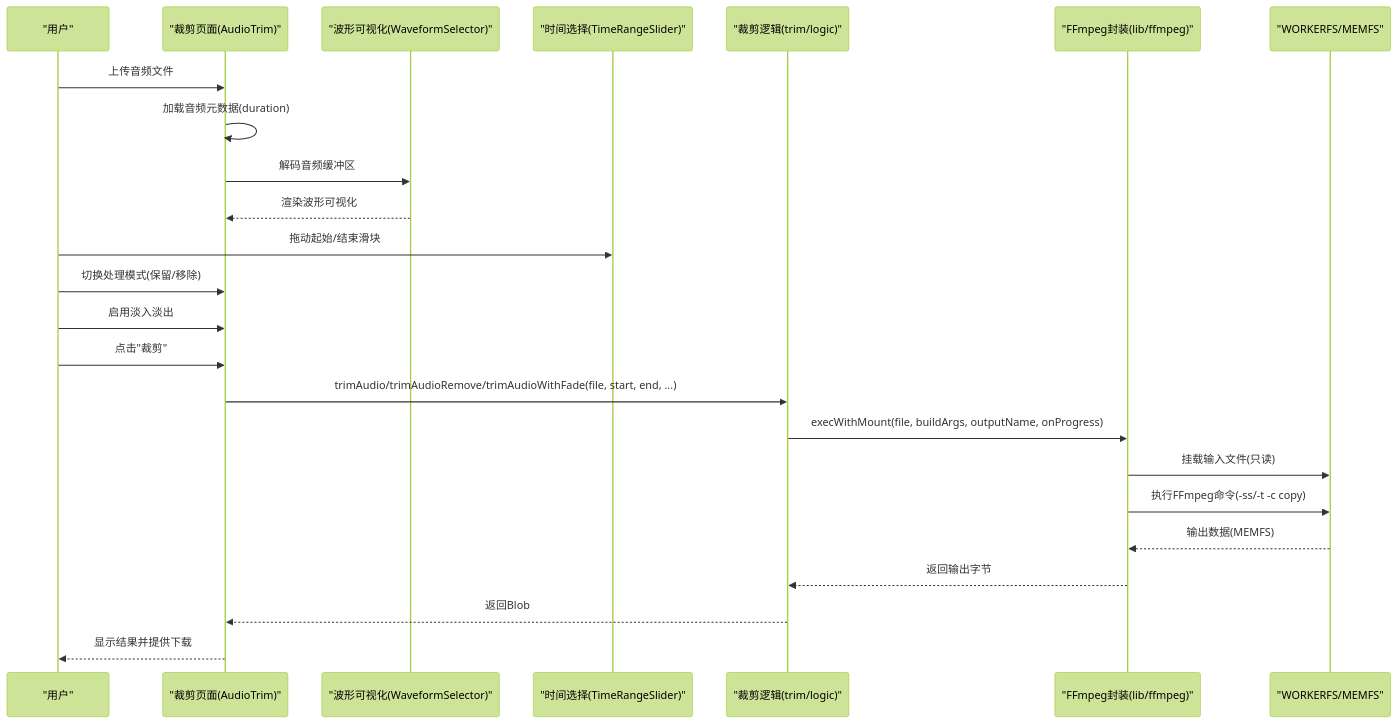
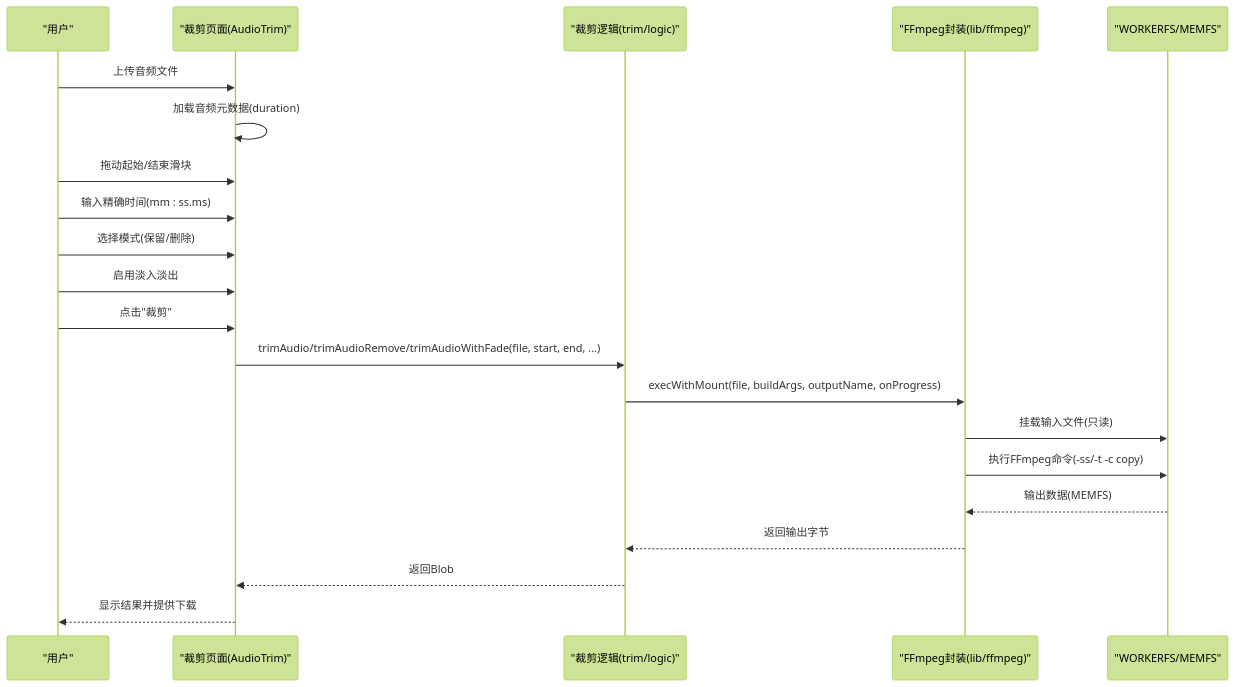
One commit to sgyy/privadeck changed the second of 3 diagrams in .qoder/repowiki/zh/content/音频工具/音频剪辑.md. Above: the diagram before and after it, drawn with Mermaid (forest theme). The commit also changed other lines of this file and 48 other files, not shown here.

````diff
--- a/.qoder/repowiki/zh/content/音频工具/音频剪辑.md
+++ b/.qoder/repowiki/zh/content/音频工具/音频剪辑.md
@@ -140,26 +141,23 @@
 ```mermaid
 sequenceDiagram
 participant U as "用户"
 participant UI as "裁剪页面(AudioTrim)"
-participant WS as "波形可视化(WaveformSelector)"
-participant TRS as "时间选择(TimeRangeSlider)"
 participant L as "裁剪逻辑(trim/logic)"
 participant F as "FFmpeg封装(lib/ffmpeg)"
 participant FS as "WORKERFS/MEMFS"
 U->>UI : 上传音频文件
 UI->>UI : 加载音频元数据(duration)
-UI->>WS : 解码音频缓冲区
-WS-->>UI : 渲染波形可视化
-U->>TRS : 拖动起始/结束滑块
-U->>UI : 切换处理模式(保留/移除)
+U->>UI : 拖动起始/结束滑块
+U->>UI : 输入精确时间(mm : ss.ms)
+U->>UI : 选择模式(保留/删除)
 U->>UI : 启用淡入淡出
 U->>UI : 点击"裁剪"
 UI->>L : trimAudio/trimAudioRemove/trimAudioWithFade(file, start, end, ...)
 L->>F : execWithMount(file, buildArgs, outputName, onProgress)
 F->>FS : 挂载输入文件(只读)
 F->>FS : 执行FFmpeg命令(-ss/-t -c copy)
 FS-->>F : 输出数据(MEMFS)
 F-->>L : 返回输出字节
 L-->>UI : 返回Blob
 UI-->>U : 显示结果并提供下载
 ```
````
